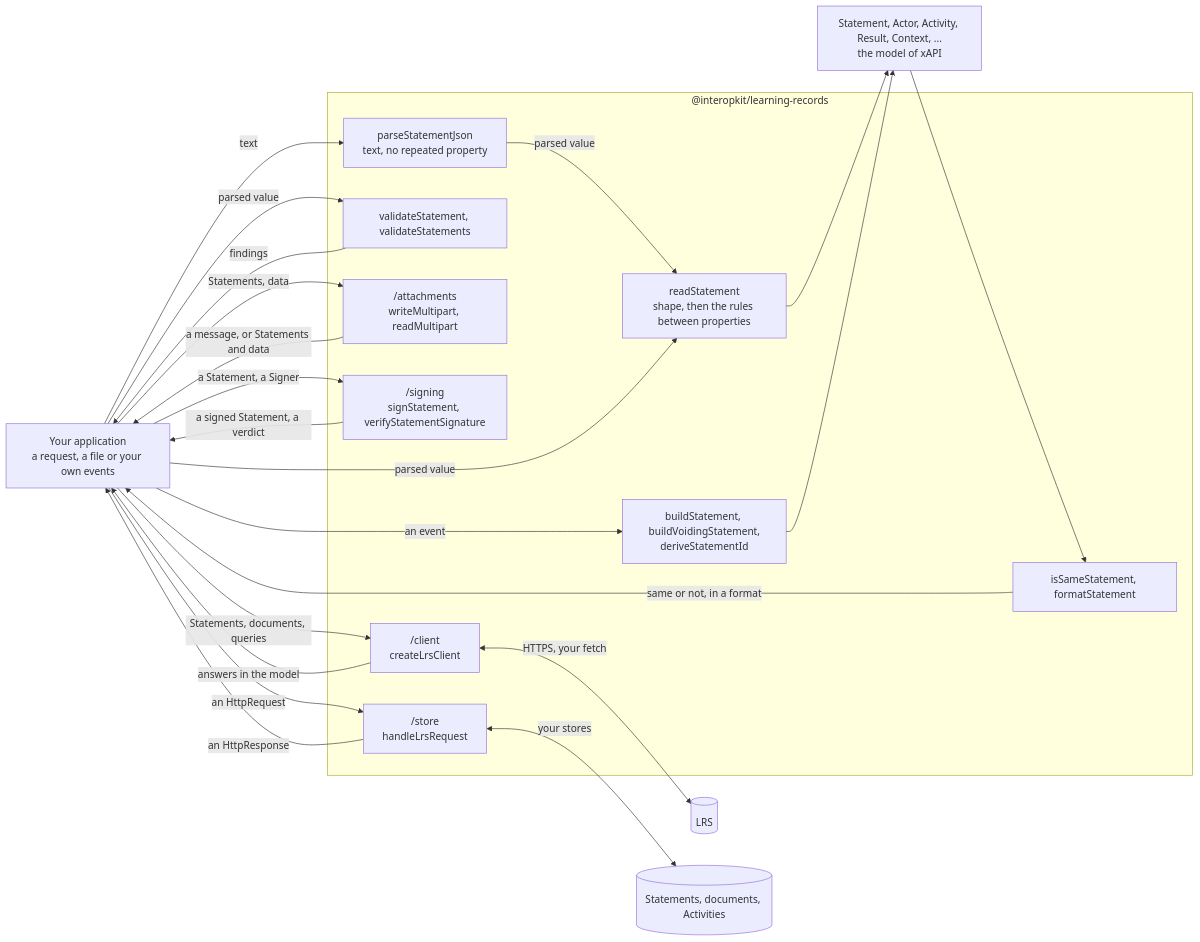
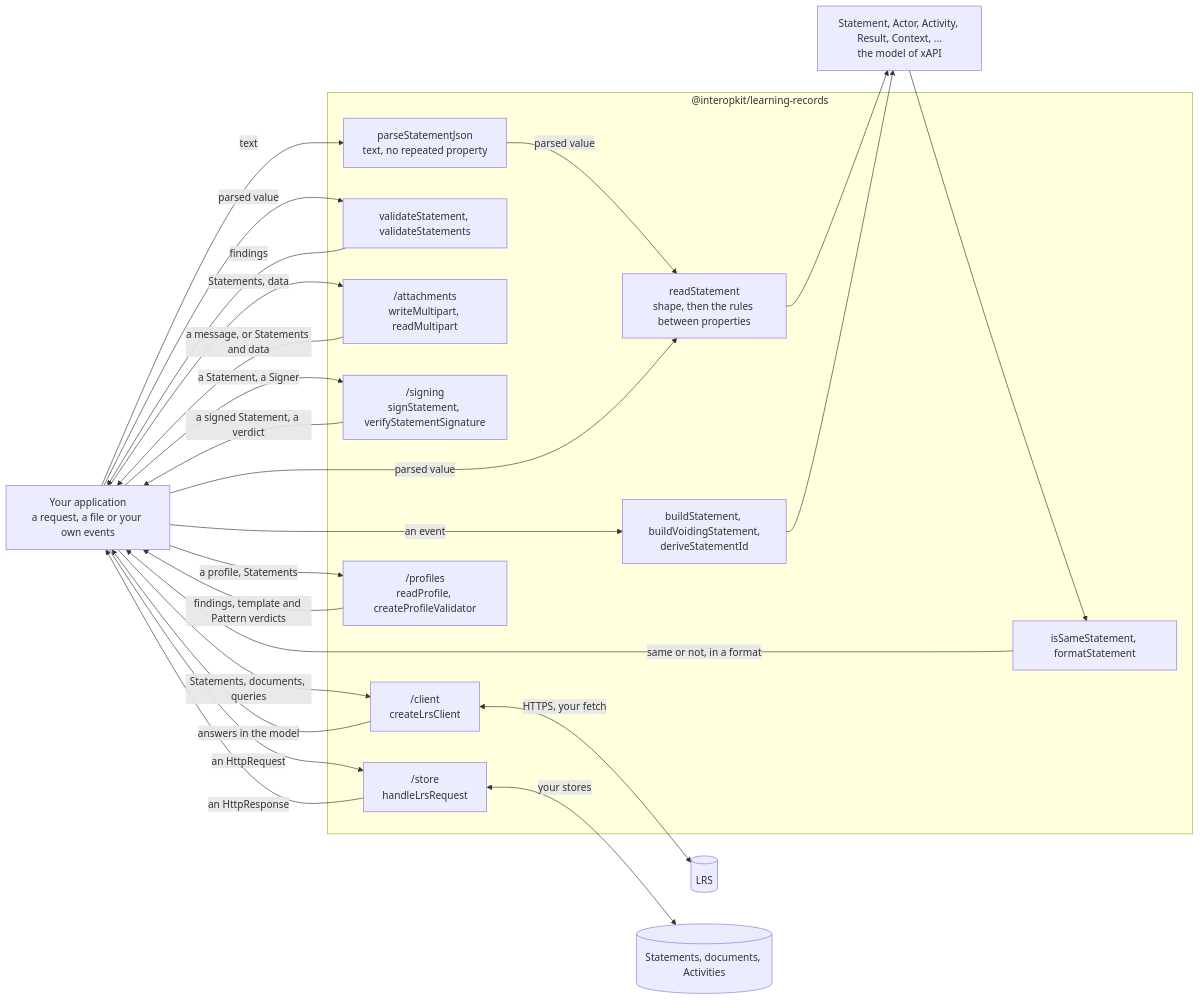
One commit to interopkit/interopkit changed the diagram in packages/learning-records/README.md. Above: the diagram before and after it, drawn with Mermaid. The commit also changed other lines of this file and 10 other files, not shown here.

````diff
--- a/packages/learning-records/README.md
+++ b/packages/learning-records/README.md
@@ -9,36 +11,39 @@
 ```mermaid
 flowchart LR
   host["Your application<br/>a request, a file or your own events"]
   subgraph pkg["@interopkit/learning-records"]
     json["parseStatementJson<br/>text, no repeated property"]
     read["readStatement<br/>shape, then the rules between properties"]
     validate["validateStatement, validateStatements"]
     build["buildStatement, buildVoidingStatement,<br/>deriveStatementId"]
     compare["isSameStatement, formatStatement"]
     attachments["/attachments<br/>writeMultipart, readMultipart"]
     signing["/signing<br/>signStatement, verifyStatementSignature"]
     client["/client<br/>createLrsClient"]
     store["/store<br/>handleLrsRequest"]
+    profiles["/profiles<br/>readProfile, createProfileValidator"]
   end
   model["Statement, Actor, Activity, Result, Context, ...<br/>the model of xAPI"]
   host -->|"text"| json
   json -->|"parsed value"| read
   host -->|"parsed value"| read
   read --> model
   host -->|"parsed value"| validate
   validate -->|"findings"| host
   host -->|"an event"| build
   build --> model
   model --> compare
   compare -->|"same or not, in a format"| host
   host -->|"Statements, data"| attachments
   attachments -->|"a message, or Statements and data"| host
   host -->|"a Statement, a Signer"| signing
   signing -->|"a signed Statement, a verdict"| host
   host -->|"Statements, documents, queries"| client
   client -->|"answers in the model"| host
   client <-->|"HTTPS, your fetch"| lrs[("LRS")]
   host -->|"an HttpRequest"| store
   store -->|"an HttpResponse"| host
   store <-->|"your stores"| ports[("Statements, documents, Activities")]
+  host -->|"a profile, Statements"| profiles
+  profiles -->|"findings, template and Pattern verdicts"| host
 ```
````
